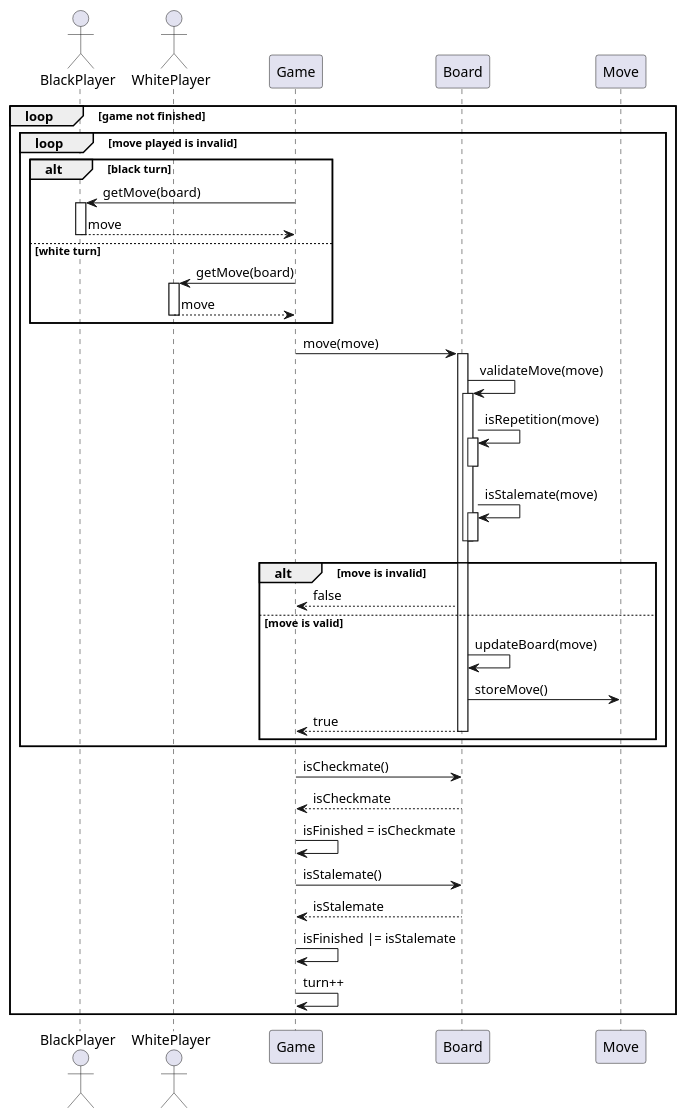
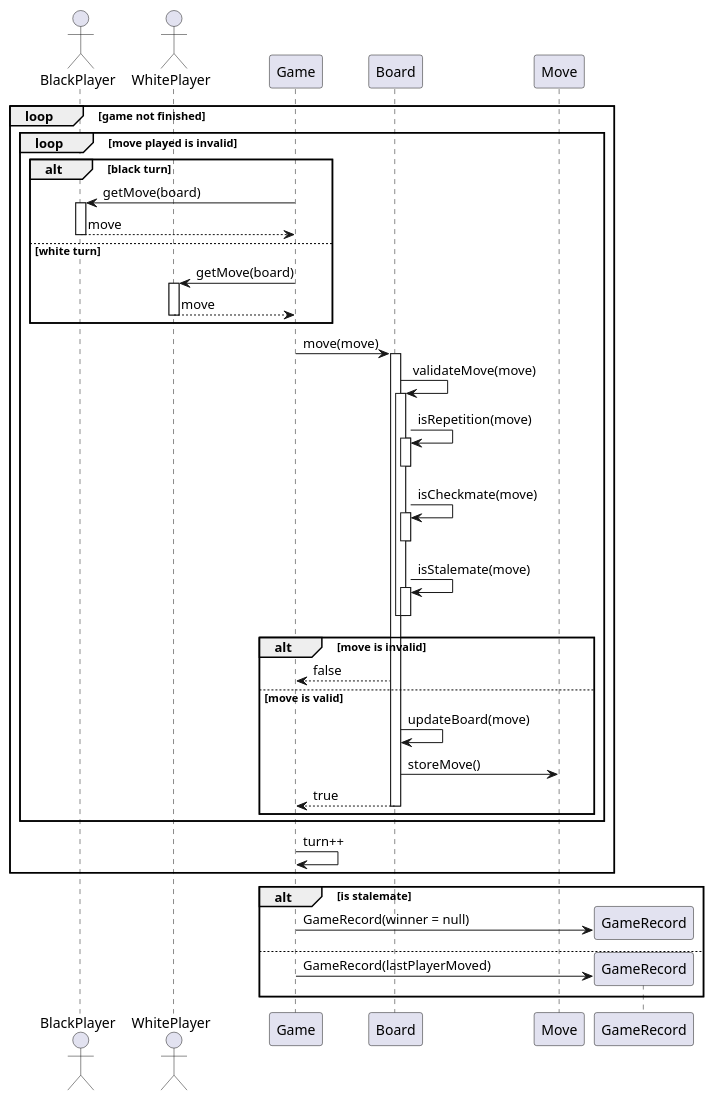
One commit to ECE493-W22-G04/rl-chess changed the diagram in docs/preliminary_design_diagrams/sequence_diagrams/play_pvp.puml. Above: the diagram before and after it, drawn with PlantUML.

Commit message:
Fix game record saving

```diff
--- a/docs/preliminary_design_diagrams/sequence_diagrams/play_pvp.puml
+++ b/docs/preliminary_design_diagrams/sequence_diagrams/play_pvp.puml
@@ -1,53 +1,53 @@
 @startuml
 
 actor BlackPlayer
 actor WhitePlayer
 
 loop game not finished
     loop move played is invalid
         alt black turn
             Game -> BlackPlayer : getMove(board)
             activate BlackPlayer
             BlackPlayer --> Game : move
             deactivate BlackPlayer
         else white turn
             Game -> WhitePlayer : getMove(board)
             activate WhitePlayer
             WhitePlayer --> Game : move
             deactivate WhitePlayer
         end
         Game -> Board : move(move)
         activate Board
             Board -> Board : validateMove(move)
             activate Board
                 Board -> Board : isRepetition(move)
                     activate Board
                     deactivate Board
+                Board -> Board : isCheckmate(move)
+                    activate Board
+                    deactivate Board
                 Board -> Board : isStalemate(move)
                     activate Board
                     deactivate Board
             deactivate Board
 
             alt move is invalid
                 Board --> Game : false
             else move is valid
                 Board -> Board : updateBoard(move)
                 Board -> Move : storeMove()
                 Board --> Game : true
                 deactivate Board
             end
         deactivate Board
     end
 
-    Game -> Board : isCheckmate()
-    Board --> Game : isCheckmate
-    Game -> Game : isFinished = isCheckmate
-
-    Game -> Board : isStalemate()
-    Board --> Game : isStalemate
-    Game -> Game : isFinished |= isStalemate
-
     Game -> Game : turn++
 end
 
+alt is stalemate
+    Game -> GameRecord ** : GameRecord(winner = null)
+else
+    Game -> GameRecord ** : GameRecord(lastPlayerMoved)
+end
 @enduml
```
